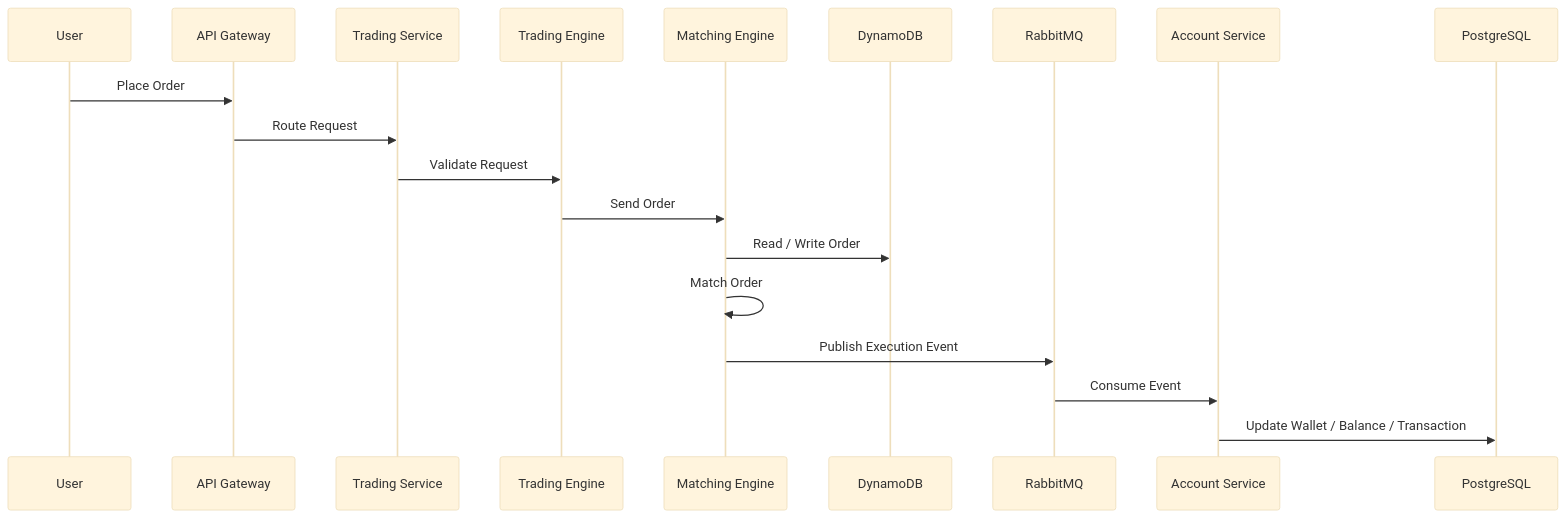
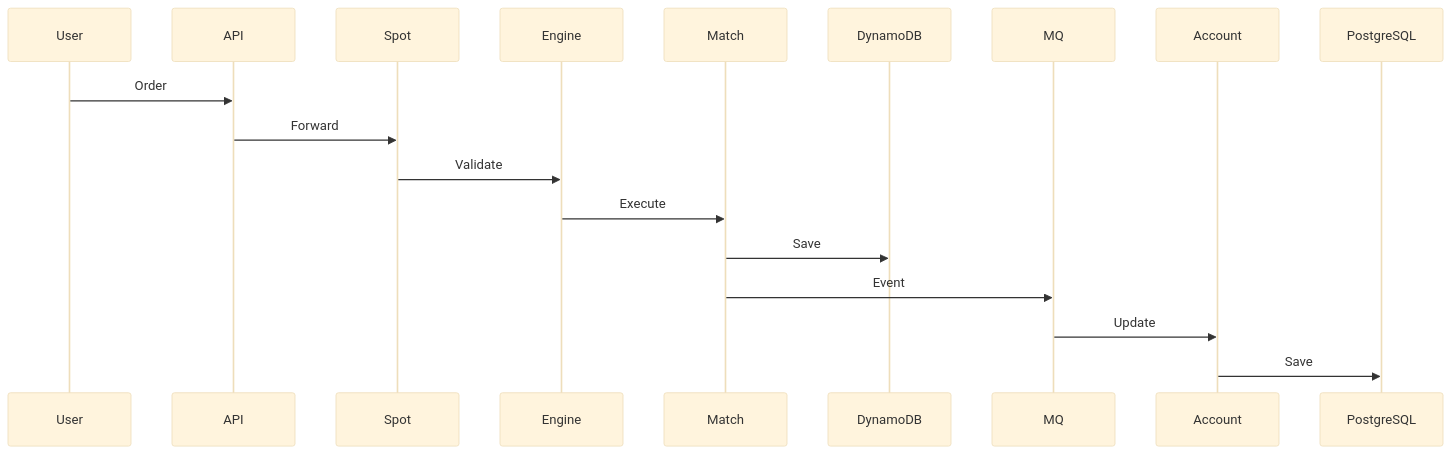
One commit to Rumman90/crypto-exchange-architecture changed the diagram in diagrams/order-flow.mmd. Above: the diagram before and after it, drawn with Mermaid (base theme). The commit also changed 6 other files, not shown here.

```diff
--- a/diagrams/order-flow.mmd
+++ b/diagrams/order-flow.mmd
@@ -1,20 +1,9 @@
 sequenceDiagram
-    participant User
-    participant API as API Gateway
-    participant Trading as Trading Service
-    participant Engine as Trading Engine
-    participant Match as Matching Engine
-    participant Dynamo as DynamoDB
-    participant MQ as RabbitMQ
-    participant Account as Account Service
-    participant PG as PostgreSQL
-
-    User->>API: Place Order
-    API->>Trading: Route Request
-    Trading->>Engine: Validate Request
-    Engine->>Match: Send Order
-    Match->>Dynamo: Read / Write Order
-    Match->>Match: Match Order
-    Match->>MQ: Publish Execution Event
-    MQ->>Account: Consume Event
-    Account->>PG: Update Wallet / Balance / Transaction
+User->>API: Order
+API->>Spot: Forward
+Spot->>Engine: Validate
+Engine->>Match: Execute
+Match->>DynamoDB: Save
+Match->>MQ: Event
+MQ->>Account: Update
+Account->>PostgreSQL: Save
```
